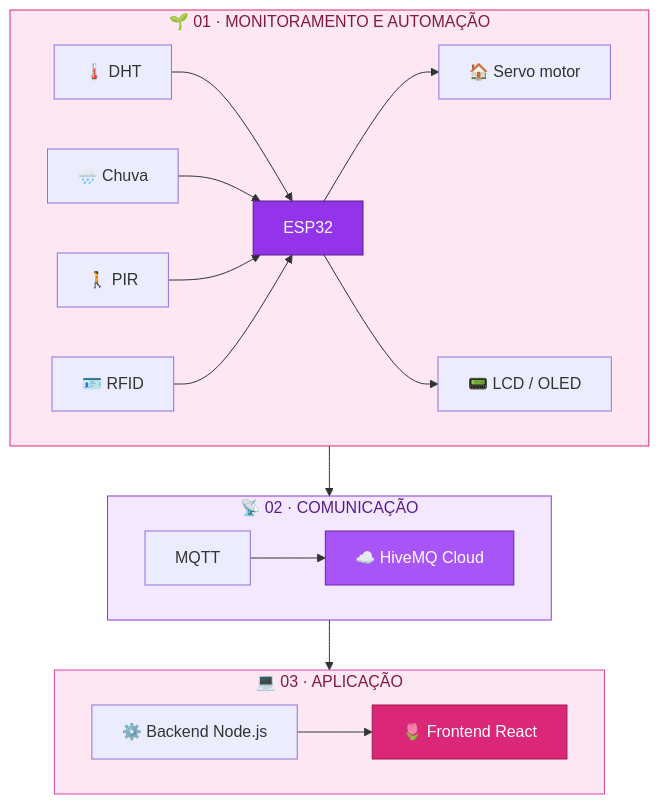
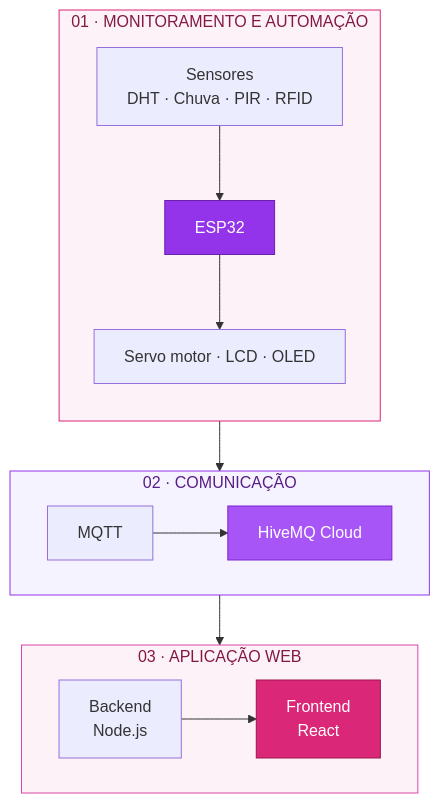
The diagram in README.md (RafaelaSsilva28/Projeto-Estufa), drawn with Mermaid before and after one commit. The commit also changed other lines of this file, not shown here.

````diff
--- a/README.md
+++ b/README.md
@@ -81,40 +83,35 @@
 ```mermaid
 flowchart TB
-    subgraph CIRCUITO["🌱 01 · MONITORAMENTO E AUTOMAÇÃO"]
-        direction LR
-        A["🌡️ DHT"]
-        B["🌧️ Chuva"]
-        C["🚶 PIR"]
-        D["🪪 RFID"]
-        A --> ESP["ESP32"]
-        B --> ESP
-        C --> ESP
-        D --> ESP
-        ESP --> SERVO["🏠 Servo motor"]
-        ESP --> DISPLAY["📟 LCD / OLED"]
+    subgraph A["01 · MONITORAMENTO E AUTOMAÇÃO"]
+        direction TB
+        S["Sensores<br/>DHT · Chuva · PIR · RFID"]
+        ESP["ESP32"]
+        ACT["Servo motor · LCD · OLED"]
+        S --> ESP
+        ESP --> ACT
     end
 
-    subgraph COMUNICACAO["📡 02 · COMUNICAÇÃO"]
+    subgraph B["02 · COMUNICAÇÃO"]
         direction LR
         MQTT["MQTT"]
-        BROKER["☁️ HiveMQ Cloud"]
-        MQTT --> BROKER
+        HIVE["HiveMQ Cloud"]
+        MQTT --> HIVE
     end
 
-    subgraph APLICACAO["💻 03 · APLICAÇÃO"]
+    subgraph C["03 · APLICAÇÃO WEB"]
         direction LR
-        API["⚙️ Backend Node.js"]
-        WEB["🌷 Frontend React"]
-        API --> WEB
+        API["Backend<br/>Node.js"]
+        REACT["Frontend<br/>React"]
+        API --> REACT
     end
 
     ESP --> MQTT
-    BROKER --> API
+    HIVE --> API
 
-    style CIRCUITO fill:#FCE7F3,stroke:#DB2777,color:#831843
-    style COMUNICACAO fill:#F3E8FF,stroke:#9333EA,color:#581C87
-    style APLICACAO fill:#FCE7F3,stroke:#D946A5,color:#831843
-    style ESP fill:#9333EA,color:#FFFFFF,stroke:#581C87
-    style BROKER fill:#A855F7,color:#FFFFFF,stroke:#6B21A8
-    style WEB fill:#DB2777,color:#FFFFFF,stroke:#9D174D
+    style A fill:#FDF2F8,stroke:#DB2777,color:#831843
+    style B fill:#F5F3FF,stroke:#9333EA,color:#581C87
+    style C fill:#FDF2F8,stroke:#D946A5,color:#831843
+    style ESP fill:#9333EA,color:#FFFFFF,stroke:#6B21A8
+    style HIVE fill:#A855F7,color:#FFFFFF,stroke:#7E22CE
+    style REACT fill:#DB2777,color:#FFFFFF,stroke:#9D174D
 ```
````
